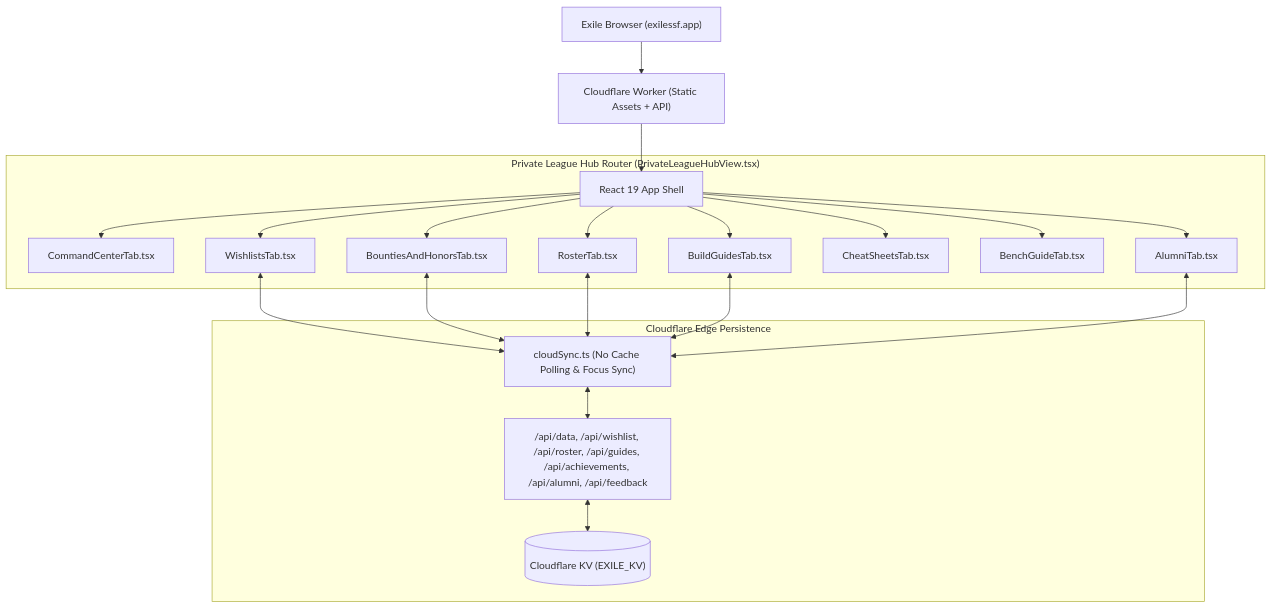
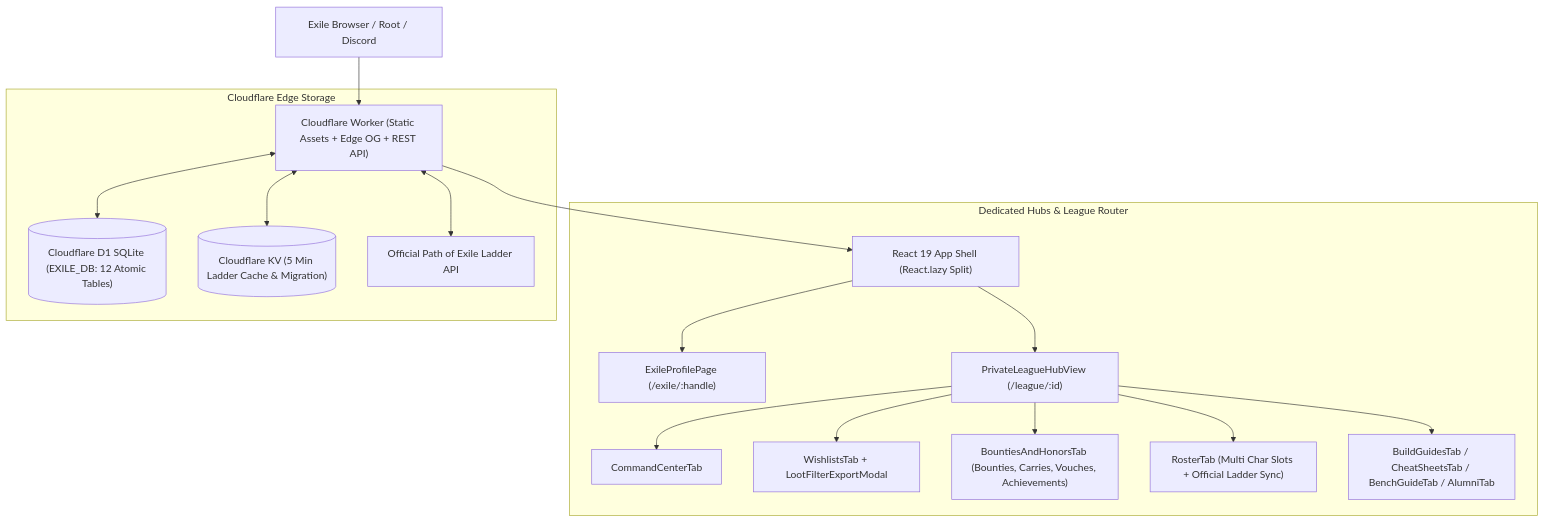
The diagram in README.md (Leuie/exile-ssf), drawn with Mermaid before and after one commit. The commit also changed other lines of this file and 8 other files, not shown here.

Commit message:
Add dedicated Exile Profile Pages with D1 persistence and linked avatars, rename league tabs, and update README

````diff
--- a/README.md
+++ b/README.md
@@ -77,26 +66,21 @@
 ```mermaid
 flowchart TD
-    User["Exile Browser (exilessf.app)"] --> Worker["Cloudflare Worker (Static Assets + API)"]
-    Worker --> App["React 19 App Shell"]
+    User["Exile Browser / Root / Discord"] --> Worker["Cloudflare Worker (Static Assets + Edge OG + REST API)"]
+    Worker --> App["React 19 App Shell (React.lazy Split)"]
 
-    subgraph "Private League Hub Router (PrivateLeagueHubView.tsx)"
-        App --> Tab1["CommandCenterTab.tsx"]
-        App --> Tab2["WishlistsTab.tsx"]
-        App --> Tab3["BountiesAndHonorsTab.tsx"]
-        App --> Tab4["RosterTab.tsx"]
-        App --> Tab5["BuildGuidesTab.tsx"]
-        App --> Tab6["CheatSheetsTab.tsx"]
-        App --> Tab7["BenchGuideTab.tsx"]
-        App --> Tab8["AlumniTab.tsx"]
+    subgraph "Dedicated Hubs & League Router"
+        App --> Profile["ExileProfilePage (/exile/:handle)"]
+        App --> Hub["PrivateLeagueHubView (/league/:id)"]
+        Hub --> Tab1["CommandCenterTab"]
+        Hub --> Tab2["WishlistsTab + LootFilterExportModal"]
+        Hub --> Tab3["BountiesAndHonorsTab (Bounties, Carries, Vouches, Achievements)"]
+        Hub --> Tab4["RosterTab (Multi Char Slots + Official Ladder Sync)"]
+        Hub --> Tab5["BuildGuidesTab / CheatSheetsTab / BenchGuideTab / AlumniTab"]
     end
 
-    subgraph "Cloudflare Edge Persistence"
-        Tab2 <--> Sync["cloudSync.ts (No Cache Polling & Focus Sync)"]
-        Tab3 <--> Sync
-        Tab4 <--> Sync
-        Tab5 <--> Sync
-        Tab8 <--> Sync
-        Sync <--> API["/api/data, /api/wishlist, /api/roster, /api/guides, /api/achievements, /api/alumni, /api/feedback"]
-        API <--> KV[("Cloudflare KV (EXILE_KV)")]
+    subgraph "Cloudflare Edge Storage"
+        Worker <--> D1[("Cloudflare D1 SQLite (EXILE_DB: 12 Atomic Tables)")]
+        Worker <--> KV[("Cloudflare KV (5 Min Ladder Cache & Migration)")]
+        Worker <--> GGG["Official Path of Exile Ladder API"]
     end
 ```
````
